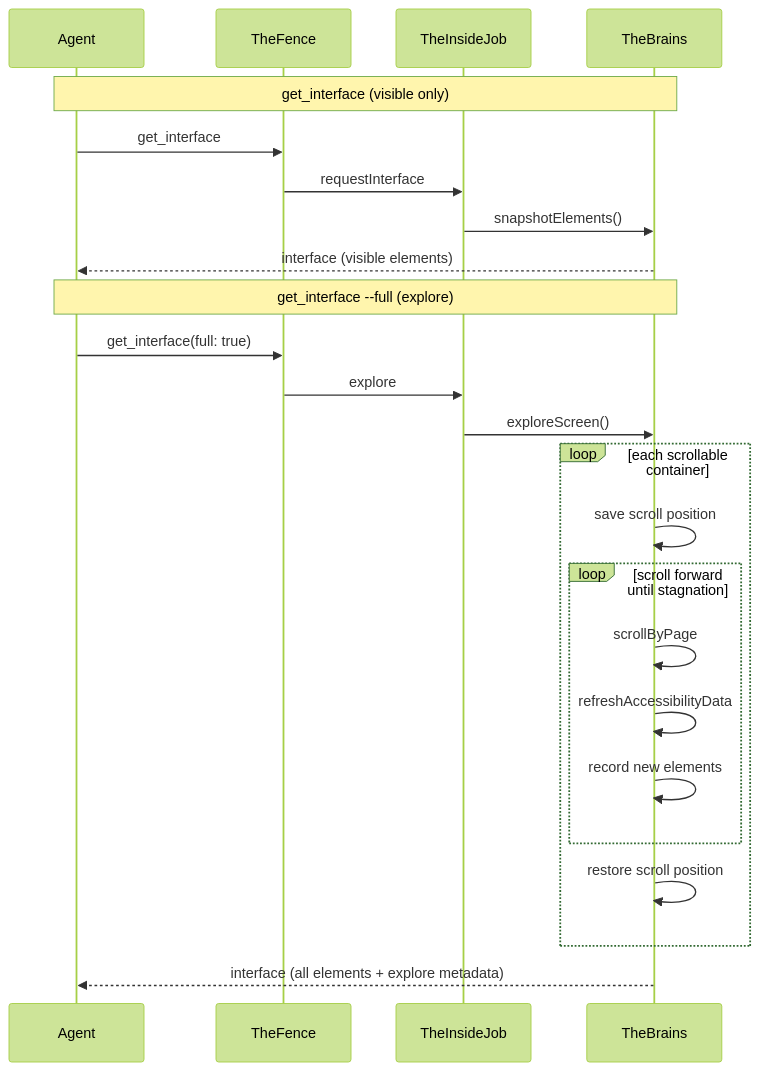
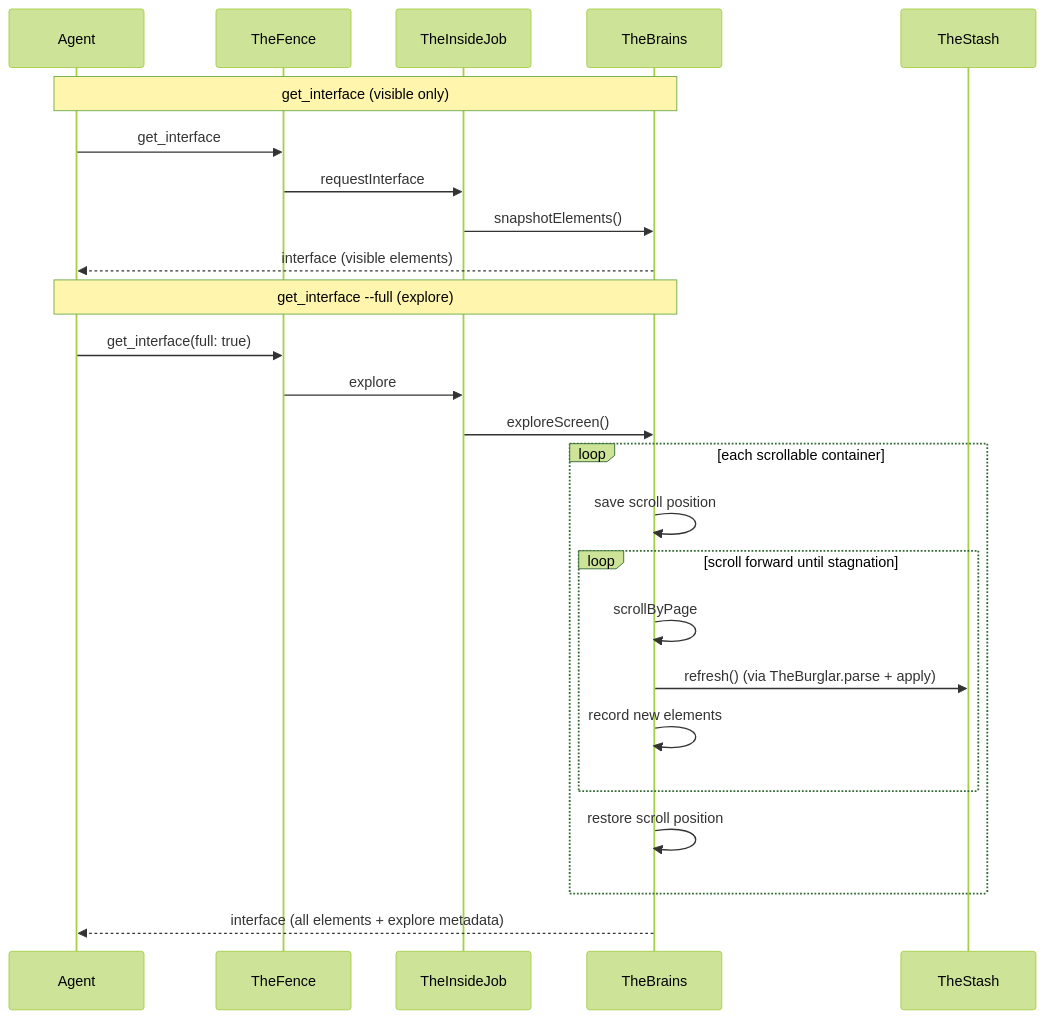
Before and after one commit to RoyalPineapple/TheButtonHeist: the second of 5 diagrams in docs/WIRE-PROTOCOL.md, drawn with Mermaid (forest theme). The commit also changed other lines of this file and 4 other files, not shown here.

````diff
--- a/docs/WIRE-PROTOCOL.md
+++ b/docs/WIRE-PROTOCOL.md
@@ -903,30 +903,30 @@
 ```mermaid
 sequenceDiagram
     participant Agent
     participant TheFence
     participant TheInsideJob
     participant TheBrains
 
     Note over Agent,TheBrains: get_interface (visible only)
     Agent->>TheFence: get_interface
     TheFence->>TheInsideJob: requestInterface
     TheInsideJob->>TheBrains: snapshotElements()
     TheBrains-->>Agent: interface (visible elements)
 
     Note over Agent,TheBrains: get_interface --full (explore)
     Agent->>TheFence: get_interface(full: true)
     TheFence->>TheInsideJob: explore
     TheInsideJob->>TheBrains: exploreScreen()
 
     loop each scrollable container
         TheBrains->>TheBrains: save scroll position
         loop scroll forward until stagnation
             TheBrains->>TheBrains: scrollByPage
-            TheBrains->>TheBrains: refreshAccessibilityData
+            TheBrains->>TheStash: refresh() (via TheBurglar.parse + apply)
             TheBrains->>TheBrains: record new elements
         end
         TheBrains->>TheBrains: restore scroll position
     end
 
     TheBrains-->>Agent: interface (all elements + explore metadata)
 ```
````
